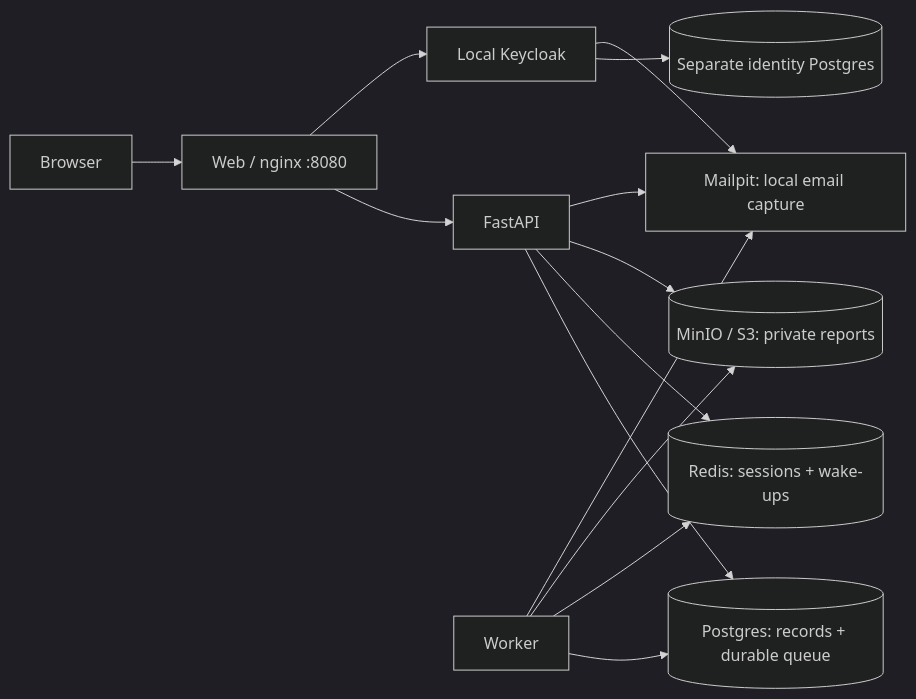
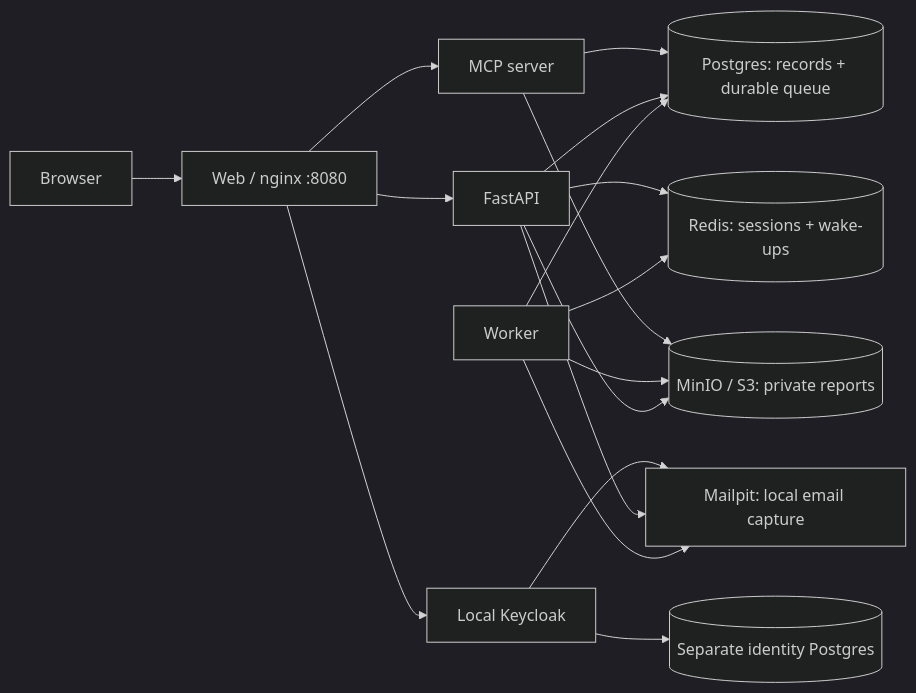
One commit to theRealMarkCastillo/local-cloud-demo changed the diagram in README.md. Above: the diagram before and after it, drawn with Mermaid (dark theme). The commit also changed other lines of this file and 7 other files, not shown here.

````diff
--- a/README.md
+++ b/README.md
@@ -64,16 +64,19 @@
 ```mermaid
 flowchart LR
   Browser --> Web[Web / nginx :8080]
   Web --> API[FastAPI]
   Web --> KC[Local Keycloak]
+  Web --> MCP[MCP server]
+  MCP --> PG
+  MCP --> S3
   API --> PG[(Postgres: records + durable queue)]
   API --> Redis[(Redis: sessions + wake-ups)]
   Worker --> PG
   Worker --> Redis
   Worker --> S3[(MinIO / S3: private reports)]
   API --> S3
   KC --> KPG[(Separate identity Postgres)]
   KC --> Mailpit[Mailpit: local email capture]
   API --> Mailpit
   Worker --> Mailpit
 ```
````
